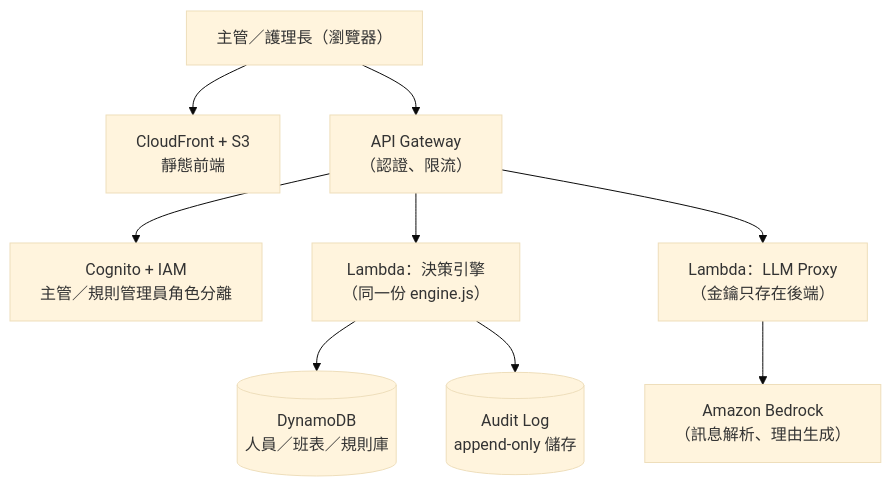
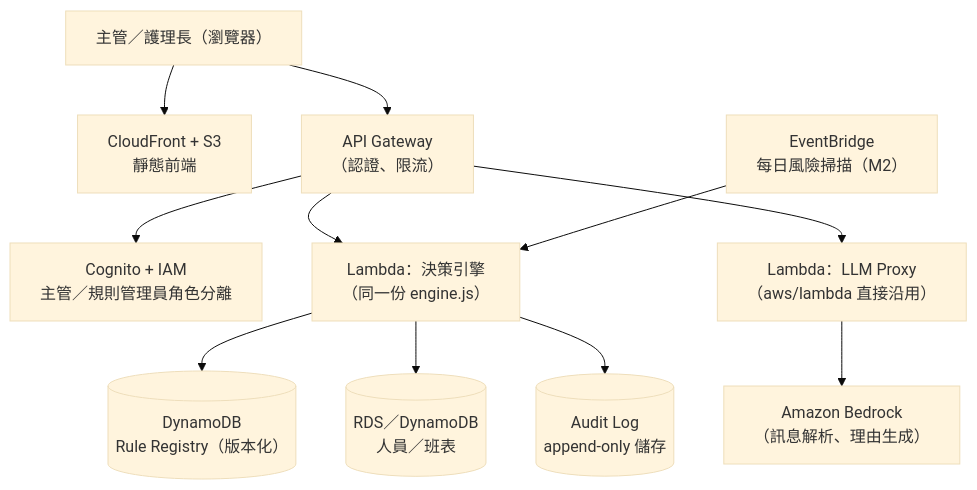
The sixth of 6 diagrams in docs/ARCHITECTURE.md (bobyu89/nursing-agent), drawn with Mermaid (base theme) before and after one commit. The commit also changed other lines of this file and 2 other files, not shown here.

````diff
--- a/docs/ARCHITECTURE.md
+++ b/docs/ARCHITECTURE.md
@@ -219,11 +273,13 @@
 ```mermaid
 flowchart TB
     U["主管／護理長（瀏覽器）"] --> CF["CloudFront + S3<br/>靜態前端"]
     U --> APIGW["API Gateway<br/>（認證、限流）"]
     APIGW --> COG["Cognito + IAM<br/>主管／規則管理員角色分離"]
     APIGW --> L1["Lambda：決策引擎<br/>（同一份 engine.js）"]
-    APIGW --> L2["Lambda：LLM Proxy<br/>（金鑰只存在後端）"]
+    APIGW --> L2["Lambda：LLM Proxy<br/>（aws/lambda 直接沿用）"]
     L2 --> BR["Amazon Bedrock<br/>（訊息解析、理由生成）"]
-    L1 --> DDB[("DynamoDB<br/>人員／班表／規則庫")]
+    L1 --> RR[("DynamoDB<br/>Rule Registry（版本化）")]
+    L1 --> DDB[("RDS／DynamoDB<br/>人員／班表")]
     L1 --> AUDIT[("Audit Log<br/>append-only 儲存")]
+    EB["EventBridge<br/>每日風險掃描（M2）"] --> L1
 ```
````
